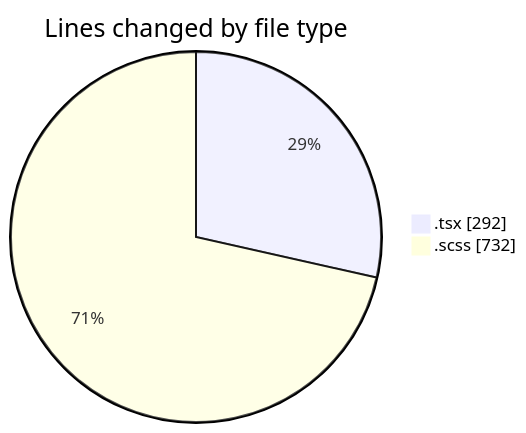
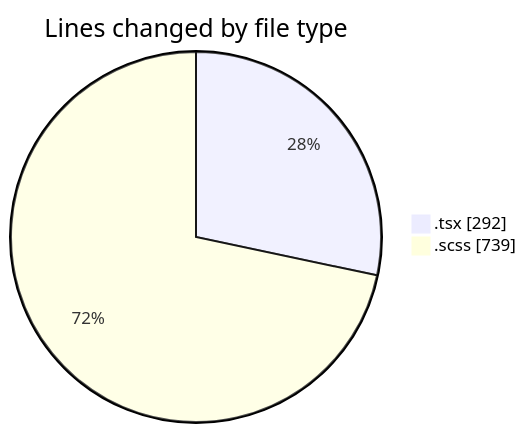
One commit to momahboobian/code-tracking changed the first of 2 diagrams in 2025-09-19/cda/README.md. Above: the diagram before and after it, drawn with Mermaid. The commit also changed other lines of this file and 1 other file, not shown here.

````diff
--- a/2025-09-19/cda/README.md
+++ b/2025-09-19/cda/README.md
@@ -21,6 +21,6 @@
 ```mermaid
 pie showData
 title Lines changed by file type
 ".tsx" : 292
-".scss" : 732
+".scss" : 739
 ```
````
